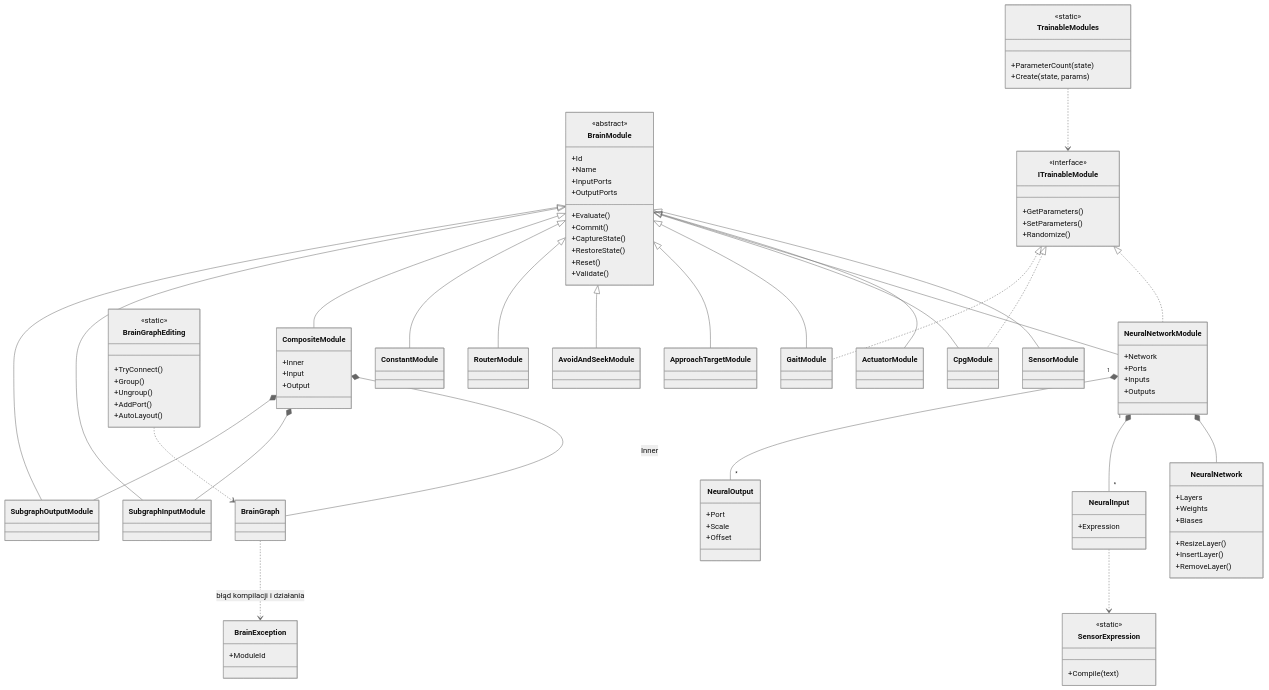
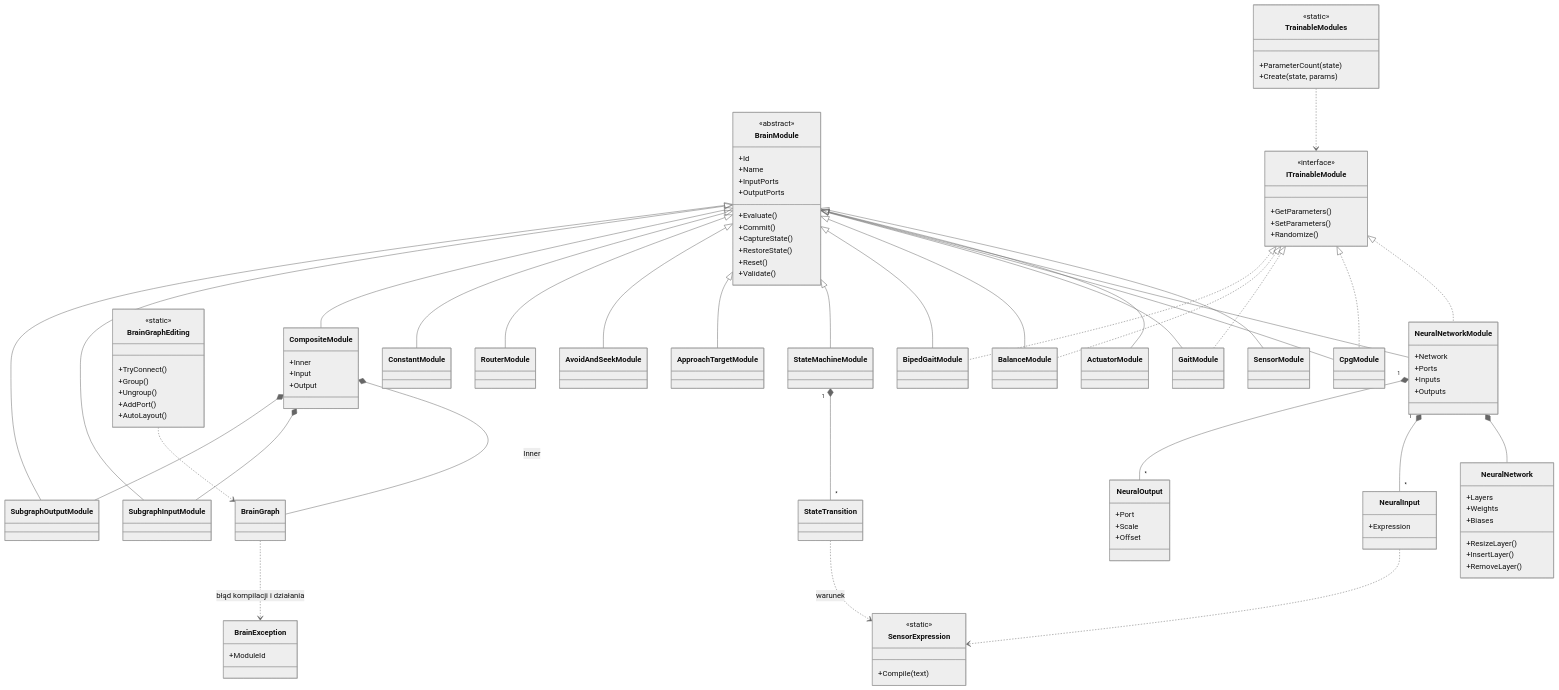
Before and after one commit to Logos7/Animata: the ninth of 15 diagrams in docs/mapa-kodu.md, drawn with Mermaid (neutral theme). The commit also changed other lines of this file and 25 other files, not shown here.

```diff
--- a/docs/mapa-kodu.md
+++ b/docs/mapa-kodu.md
@@ -736,6 +744,9 @@
   BrainModule <|-- NeuralNetworkModule
   BrainModule <|-- CpgModule
   BrainModule <|-- GaitModule
+  BrainModule <|-- BalanceModule
+  BrainModule <|-- BipedGaitModule
+  BrainModule <|-- StateMachineModule
   BrainModule <|-- ApproachTargetModule
   BrainModule <|-- AvoidAndSeekModule
   BrainModule <|-- RouterModule
@@ -746,6 +757,10 @@
   ITrainableModule <|.. NeuralNetworkModule
   ITrainableModule <|.. CpgModule
   ITrainableModule <|.. GaitModule
+  ITrainableModule <|.. BalanceModule
+  ITrainableModule <|.. BipedGaitModule
+  StateMachineModule "1" *-- "*" StateTransition
+  StateTransition ..> SensorExpression : warunek
   TrainableModules ..> ITrainableModule
   NeuralNetworkModule *-- NeuralNetwork
   NeuralNetworkModule "1" *-- "*" NeuralInput
```
